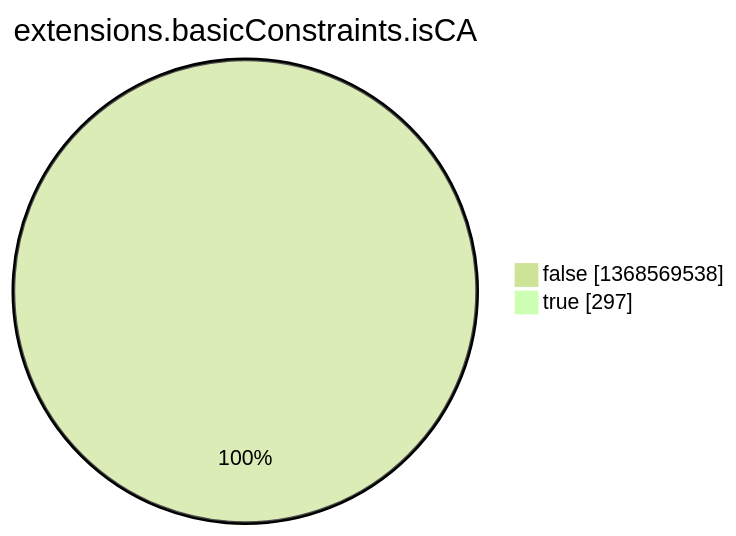
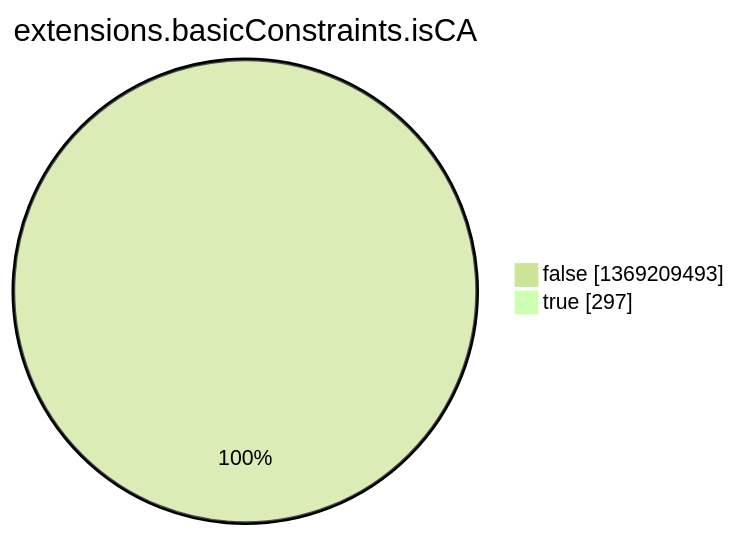
Before and after one commit to christiankrug/ctmonitor_visualization: the eighth of 15 diagrams in argon2022/README.md, drawn with Mermaid (forest theme). The commit also changed other lines of this file, not shown here.

````diff
--- a/argon2022/README.md
+++ b/argon2022/README.md
@@ -2759,6 +2759,6 @@
 ```mermaid
 pie showData
 title extensions.basicConstraints.isCA
-"false" :1368569538
+"false" :1369209493
 "true" :297
 ```
````
